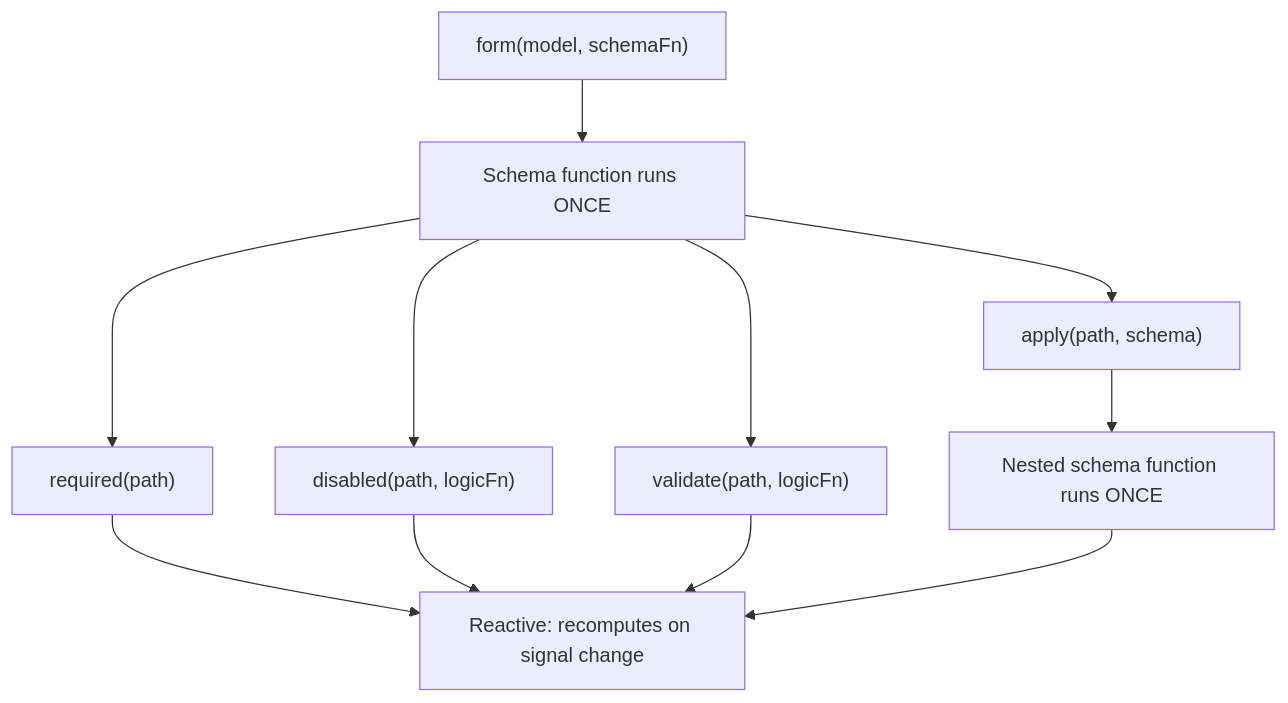
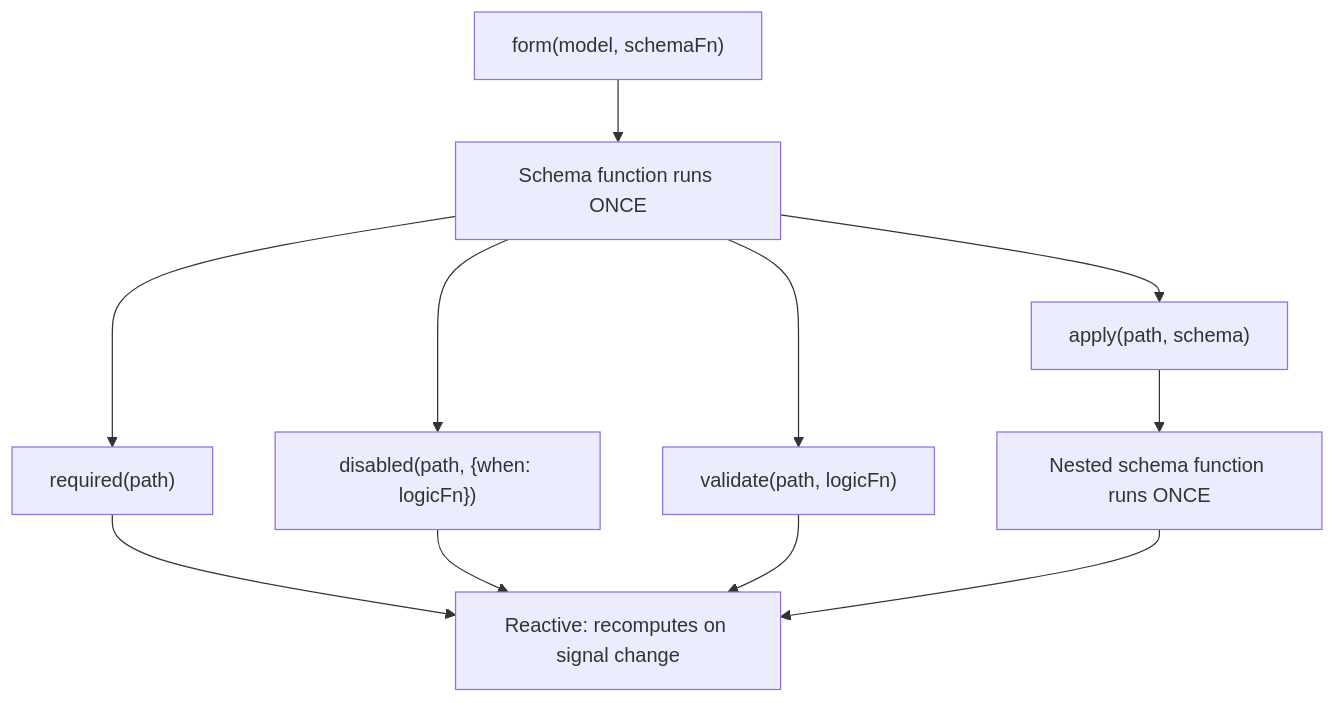
One commit to codacy-open-source-projects-scans/angular changed the diagram in adev/src/content/guide/forms/signals/schemas.md. Above: the diagram before and after it, drawn with Mermaid. The commit also changed 649 other files, not shown here.

````diff
--- a/adev/src/content/guide/forms/signals/schemas.md
+++ b/adev/src/content/guide/forms/signals/schemas.md
@@ -18,13 +18,13 @@
 ```mermaid
 graph TD
     A["form(model, schemaFn)"] --> B["Schema function runs ONCE"]
     B --> C["required(path)"]
-    B --> D["disabled(path, logicFn)"]
+    B --> D["disabled(path, {when: logicFn})"]
     B --> E["validate(path, logicFn)"]
     B --> F["apply(path, schema)"]
     C --> G["Reactive: recomputes on signal change"]
     D --> G
     E --> G
     F --> B2["Nested schema function runs ONCE"]
     B2 --> G
 ```
````
